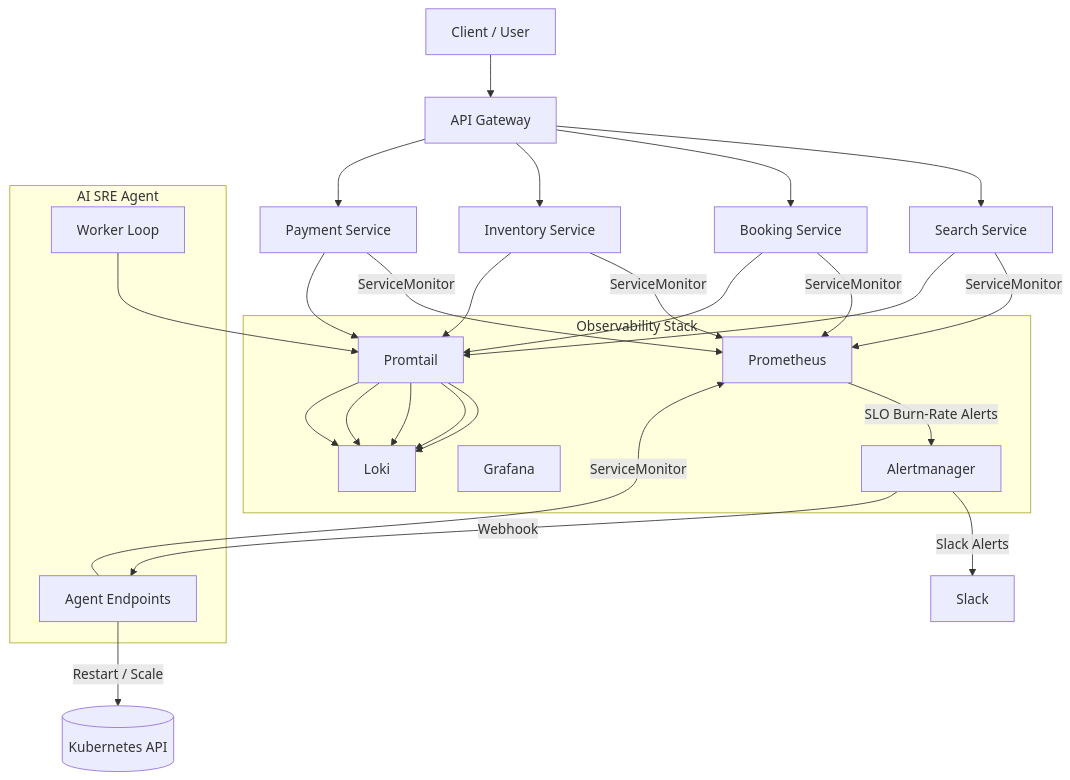
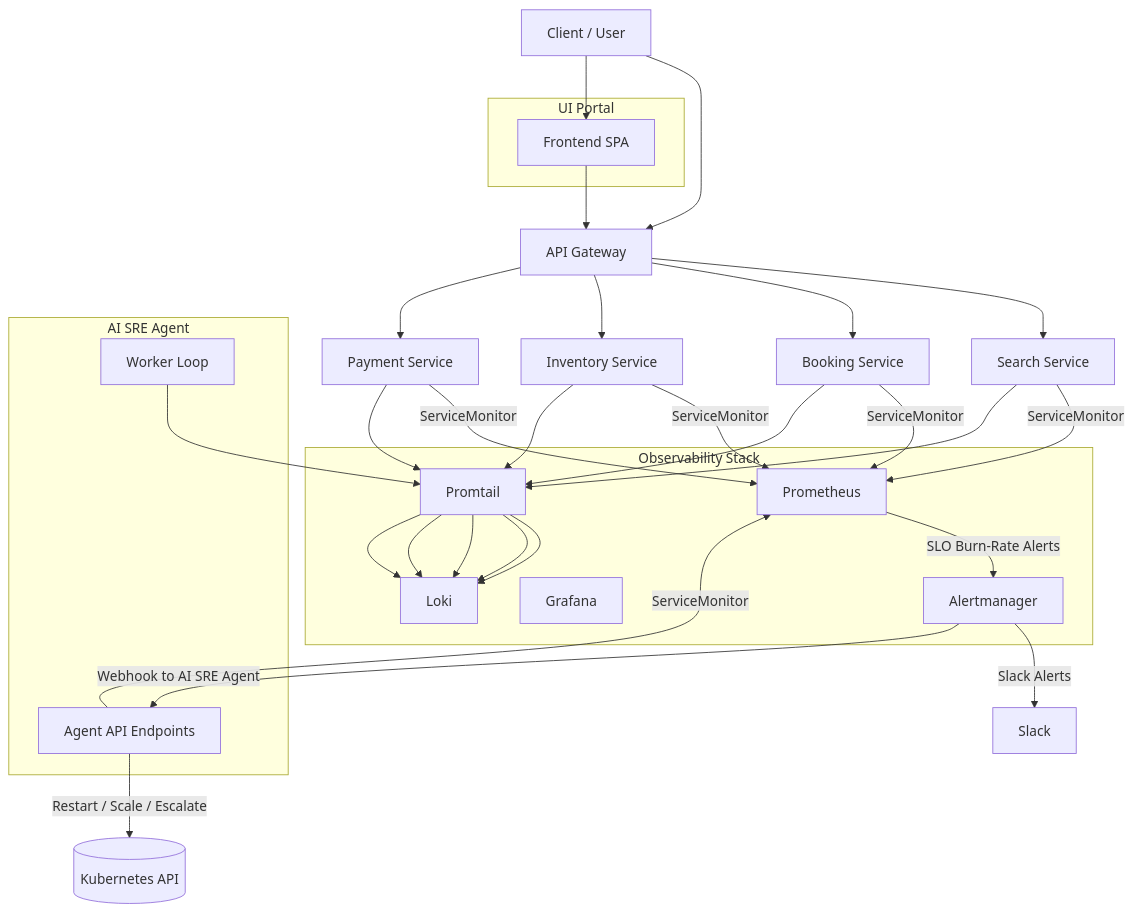
Before and after one commit to Franklindot04/travel-sre-ai-platform: the diagram in docs/architecture-diagram.md, drawn with Mermaid. The commit also changed other lines of this file, not shown here.

First line of the commit message:
Enhance architecture diagram documentation

````diff
--- a/docs/architecture-diagram.md
+++ b/docs/architecture-diagram.md
@@ -11,40 +9,47 @@
-```mermaid
+~~~mermaid
 flowchart TD
 A[Client / User] --> B[API Gateway]
 
 B --> S1[Search Service]
 B --> B1[Booking Service]
 B --> I1[Inventory Service]
 B --> P1[Payment Service]
 
+subgraph UI[UI Portal]
+U1[Frontend SPA]
+end
+
+A --> U1
+U1 --> B
+
 subgraph SRE[AI SRE Agent]
 W1[Worker Loop]
-W2[Agent Endpoints]
+W2[Agent API Endpoints]
 end
 
 subgraph OBS[Observability Stack]
 P[Prometheus]
 AM[Alertmanager]
 G[Grafana]
 L[Loki]
 PT[Promtail]
 end
 
 S1 -->|ServiceMonitor| P
 B1 -->|ServiceMonitor| P
 I1 -->|ServiceMonitor| P
 P1 -->|ServiceMonitor| P
 W2 -->|ServiceMonitor| P
 
 S1 --> PT --> L
 B1 --> PT --> L
 I1 --> PT --> L
 P1 --> PT --> L
 W1 --> PT --> L
 
 P -->|SLO Burn‑Rate Alerts| AM
 AM -->|Slack Alerts| SL[Slack]
-AM -->|Webhook| W2
+AM -->|Webhook to AI SRE Agent| W2
 
-W2 -->|Restart / Scale| K8S[(Kubernetes API)]
-```
+W2 -->|Restart / Scale / Escalate| K8S[(Kubernetes API)]
+~~~
````
